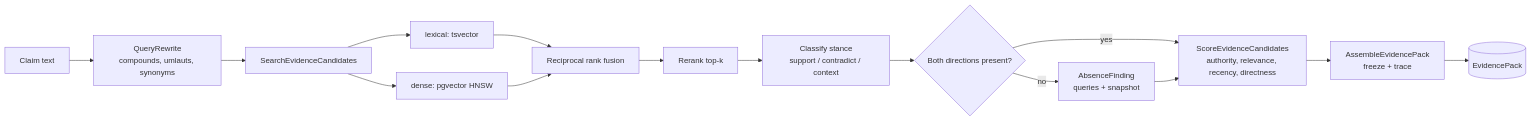
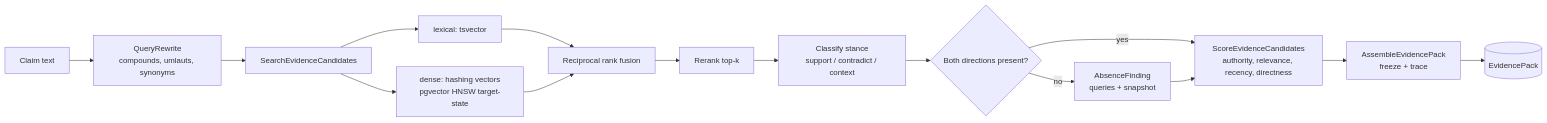
Before and after one commit to arman-jalili/health-policy-simulator: the first of 4 diagrams in backend/.pi/architecture/modules/evidence-retrieval.md, drawn with Mermaid. The commit also changed other lines of this file and 40 other files, not shown here.

````diff
--- a/backend/.pi/architecture/modules/evidence-retrieval.md
+++ b/backend/.pi/architecture/modules/evidence-retrieval.md
@@ -92,17 +111,17 @@
 ```mermaid
 flowchart LR
     A[Claim text] --> B[QueryRewrite<br/>compounds, umlauts, synonyms]
     B --> C[SearchEvidenceCandidates]
     C --> D[lexical: tsvector]
-    C --> E[dense: pgvector HNSW]
+    C --> E[dense: hashing vectors<br/>pgvector HNSW target-state]
     D --> F[Reciprocal rank fusion]
     E --> F
     F --> G[Rerank top-k]
     G --> H[Classify stance<br/>support / contradict / context]
     H --> I{Both directions present?}
     I -->|no| J[AbsenceFinding<br/>queries + snapshot]
     I -->|yes| K[ScoreEvidenceCandidates<br/>authority, relevance, recency, directness]
     J --> K
     K --> L[AssembleEvidencePack<br/>freeze + trace]
     L --> M[(EvidencePack)]
 ```
````
